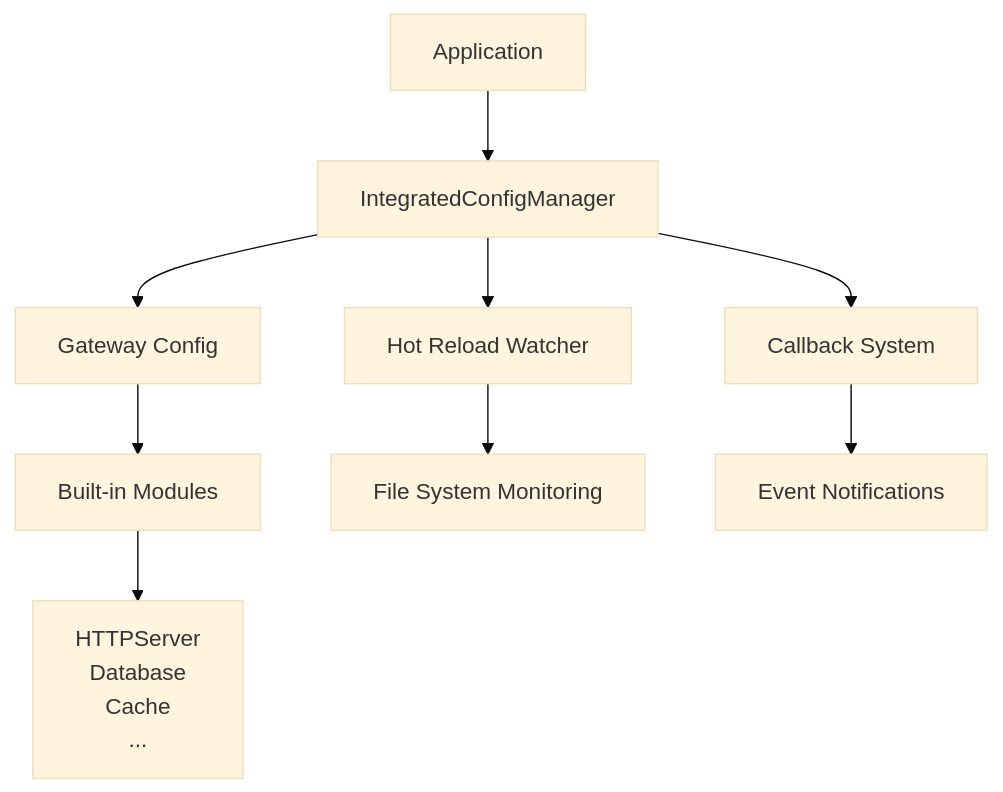
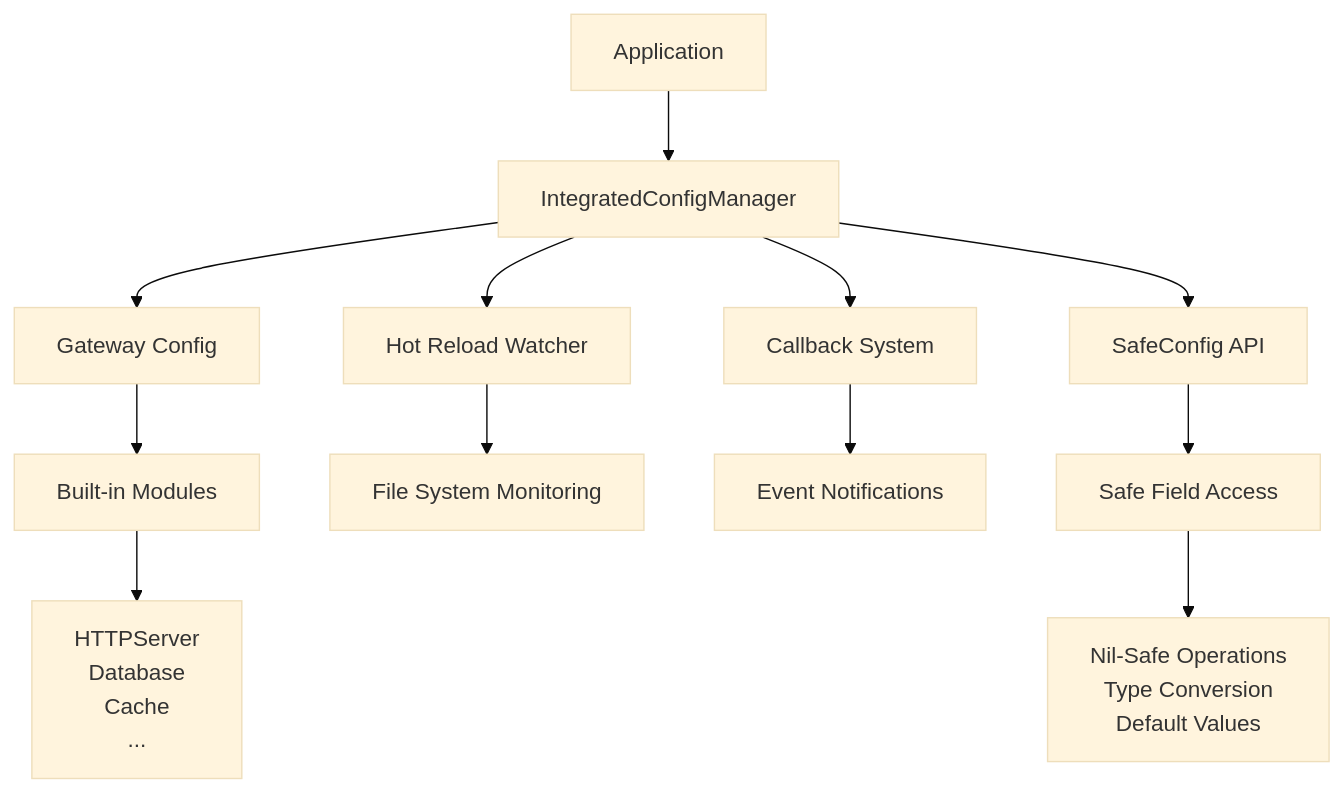
The diagram in README.md (kamalyes/go-config), drawn with Mermaid (base theme) before and after one commit. The commit also changed other lines of this file and 31 other files, not shown here.

````diff
--- a/README.md
+++ b/README.md
@@ -46,13 +46,16 @@
 ```mermaid
 graph TB
     A[Application] --> B[IntegratedConfigManager]
     B --> C[Gateway Config]
     B --> D[Hot Reload Watcher]
     B --> E[Callback System]
+    B --> F[SafeConfig API]
     
-    C --> F[Built-in Modules]
-    D --> G[File System Monitoring]
-    E --> H[Event Notifications]
+    C --> G[Built-in Modules]
+    D --> H[File System Monitoring]
+    E --> I[Event Notifications]
+    F --> J[Safe Field Access]
     
-    F --> I[HTTPServer<br/>Database<br/>Cache<br/>...]
+    G --> K[HTTPServer<br/>Database<br/>Cache<br/>...]
+    J --> L[Nil-Safe Operations<br/>Type Conversion<br/>Default Values]
 ```
````
